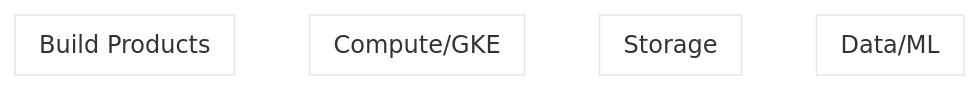
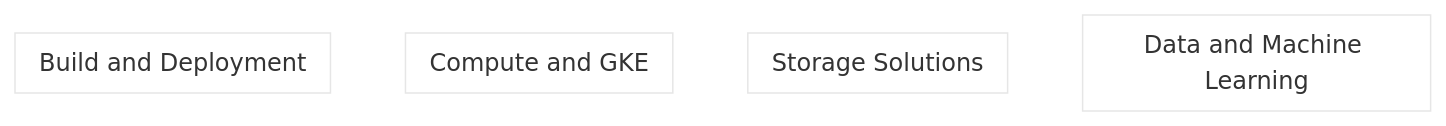
Before and after one commit to davidj-brewster/cloudtechradar-templ: the diagram in cloud-tech-radar/tech_radar.mmd, drawn with Mermaid. The commit also changed 1 other file, not shown here.

```diff
--- a/cloud-tech-radar/tech_radar.mmd
+++ b/cloud-tech-radar/tech_radar.mmd
@@ -1,20 +1,19 @@
 
 %%{init: {'theme': 'base', 'themeVariables': {'primaryColor': '#fff', 'edgeLabelBackground':'#fff', 'tertiaryColor': '#fff'}}}%%
-graph TB
-    classDef category fill:#f9f,stroke:#333,stroke-width:2px;
+graph TD
 
-    subgraph Data/ML
+    subgraph Data and Machine Learning
         direction TB
     end
 
-    subgraph Storage
+    subgraph Storage Solutions
         direction TB
     end
 
-    subgraph Compute/GKE
+    subgraph Compute and GKE
         direction TB
     end
 
-    subgraph Build Products
+    subgraph Build and Deployment
         direction TB
     end
```
